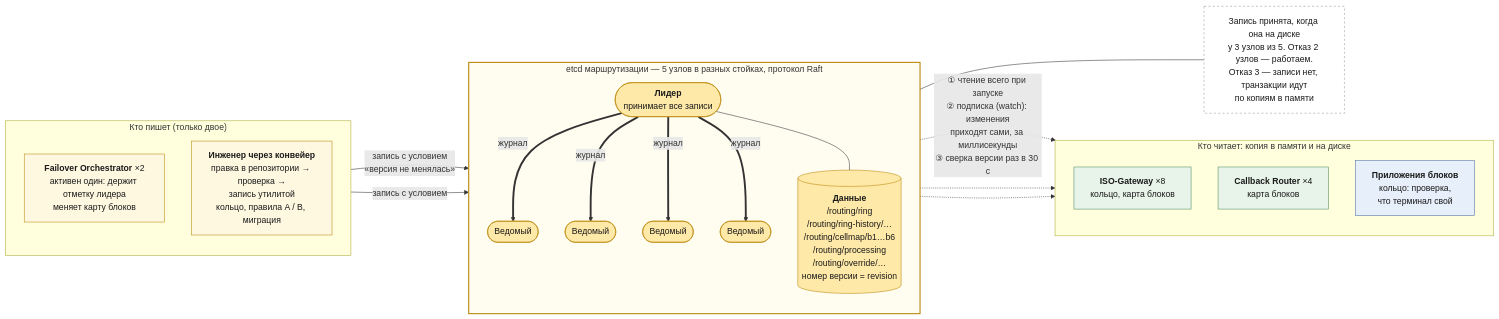
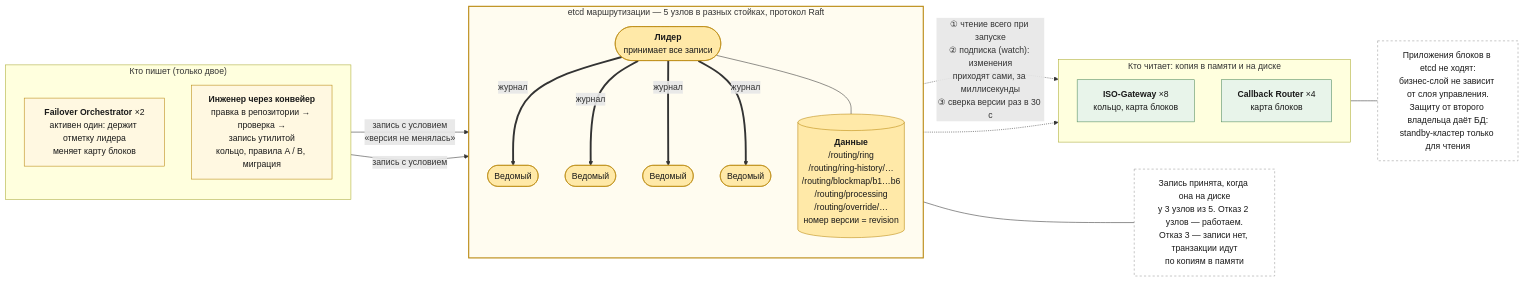
One commit to xrudenkov/L2 changed the diagram in docs/design/diagrams/routing-config-etcd.mmd. Above: the diagram before and after it, drawn with Mermaid. The commit also changed 20 other files, not shown here.

```diff
--- a/docs/design/diagrams/routing-config-etcd.mmd
+++ b/docs/design/diagrams/routing-config-etcd.mmd
@@ -1,51 +1,50 @@
 %% etcd маршрутизации (Routing Config): кто пишет, кто читает, как устроен кластер. Только Mermaid.
 %% Пояснения: ../my-questions-answers.md, ответ 4.
 flowchart LR
     subgraph W["Кто пишет (только двое)"]
         direction TB
         FO["<b>Failover Orchestrator</b> ×2<br/>активен один: держит отметку лидера<br/>меняет карту блоков"]
         ADM["<b>Инженер через конвейер</b><br/>правка в репозитории → проверка →<br/>запись утилитой<br/>кольцо, правила A / B, миграция"]
     end
 
     subgraph ETCD["etcd маршрутизации — 5 узлов в разных стойках, протокол Raft"]
         direction TB
         L(["<b>Лидер</b><br/>принимает все записи"])
         F1(["Ведомый"])
         F2(["Ведомый"])
         F3(["Ведомый"])
         F4(["Ведомый"])
-        KV[("<b>Данные</b><br/>/routing/ring<br/>/routing/ring-history/…<br/>/routing/cellmap/b1…b6<br/>/routing/processing<br/>/routing/override/…<br/>номер версии = revision")]
+        KV[("<b>Данные</b><br/>/routing/ring<br/>/routing/ring-history/…<br/>/routing/blockmap/b1…b6<br/>/routing/processing<br/>/routing/override/…<br/>номер версии = revision")]
         L ==>|"журнал"| F1
         L ==>|"журнал"| F2
         L ==>|"журнал"| F3
         L ==>|"журнал"| F4
         L --- KV
     end
 
     subgraph R["Кто читает: копия в памяти и на диске"]
         direction TB
         GW["<b>ISO-Gateway</b> ×8<br/>кольцо, карта блоков"]
         CR["<b>Callback Router</b> ×4<br/>карта блоков"]
-        APP["<b>Приложения блоков</b><br/>кольцо: проверка,<br/>что терминал свой"]
     end
 
     FO -->|"запись с условием<br/>«версия не менялась»"| L
     ADM -->|"запись с условием"| L
     KV -.->|"① чтение всего при запуске<br/>② подписка (watch): изменения<br/>приходят сами, за миллисекунды<br/>③ сверка версии раз в 30 с"| GW
     KV -.-> CR
-    KV -.-> APP
 
+    NB["Приложения блоков в etcd не ходят:<br/>бизнес-слой не зависит от слоя управления.<br/>Защиту от второго владельца даёт БД:<br/>standby-кластер только для чтения"]
+    R --- NB
     NOTE["Запись принята, когда она на диске<br/>у 3 узлов из 5. Отказ 2 узлов — работаем.<br/>Отказ 3 — записи нет, транзакции идут<br/>по копиям в памяти"]
     ETCD --- NOTE
 
     classDef edge fill:#e8f4ea,stroke:#4f8a5b,color:#1a1a1a
-    classDef cell fill:#e7effa,stroke:#4a6fa5,color:#1a1a1a
+    classDef blk fill:#e7effa,stroke:#4a6fa5,color:#1a1a1a
     classDef ctl fill:#fff8e1,stroke:#b8860b,color:#1a1a1a
     classDef etcd fill:#ffe9a8,stroke:#b8860b,color:#1a1a1a
     classDef note fill:#ffffff,stroke:#999999,stroke-dasharray:4 4,color:#1a1a1a
     class GW,CR edge
-    class APP cell
     class FO,ADM ctl
     class L,F1,F2,F3,F4,KV etcd
-    class NOTE note
+    class NOTE,NB note
     style ETCD fill:#fffcf0,stroke:#b8860b,stroke-width:2px
```
